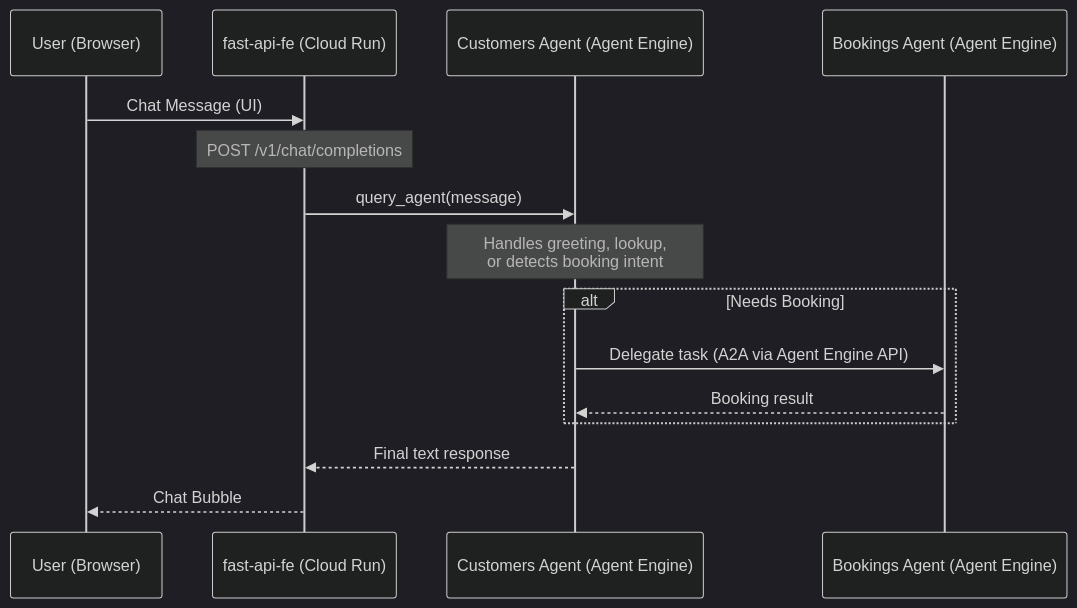
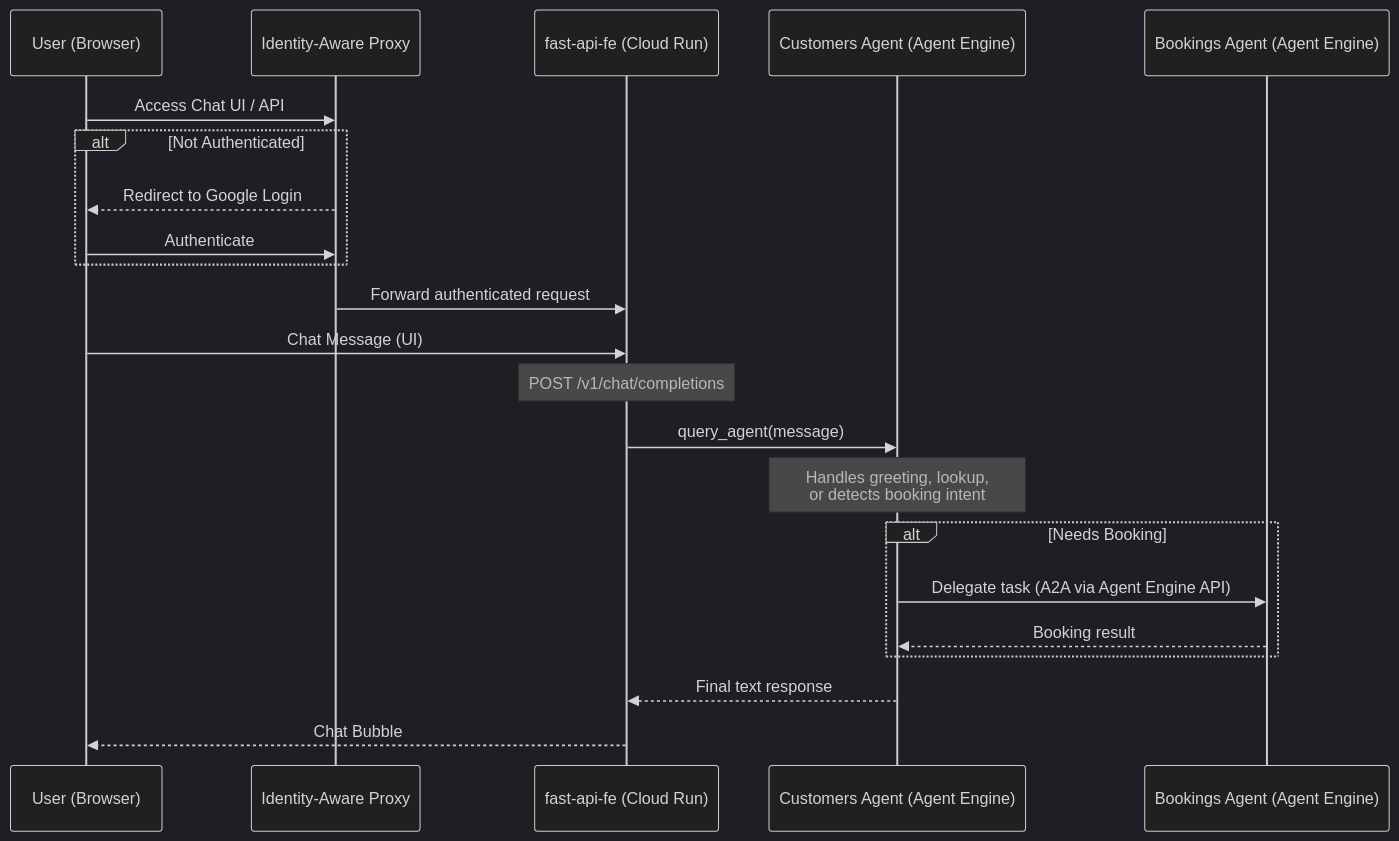
One commit to ypenn21/customer-booking-agent changed the diagram in fast-api-fe/README.md. Above: the diagram before and after it, drawn with Mermaid (dark theme). The commit also changed other lines of this file and 1 other file, not shown here.

Commit message:
created architecture diagram with iap in the flow

````diff
--- a/fast-api-fe/README.md
+++ b/fast-api-fe/README.md
@@ -10,20 +10,28 @@
 ```mermaid
 sequenceDiagram
     participant User as User (Browser)
+    participant IAP as Identity-Aware Proxy
     participant FastAPI as fast-api-fe (Cloud Run)
     participant CustomersAgent as Customers Agent (Agent Engine)
     participant BookingsAgent as Bookings Agent (Agent Engine)
+
+    User->>IAP: Access Chat UI / API
+    alt Not Authenticated
+        IAP-->>User: Redirect to Google Login
+        User->>IAP: Authenticate
+    end
+    IAP->>FastAPI: Forward authenticated request
 
     User->>FastAPI: Chat Message (UI)
     Note over FastAPI: POST /v1/chat/completions
     FastAPI->>CustomersAgent: query_agent(message)
     Note over CustomersAgent: Handles greeting, lookup,<br/>or detects booking intent
-    
+
     alt Needs Booking
         CustomersAgent->>BookingsAgent: Delegate task (A2A via Agent Engine API)
         BookingsAgent-->>CustomersAgent: Booking result
     end
-    
+
     CustomersAgent-->>FastAPI: Final text response
     FastAPI-->>User: Chat Bubble
 ```
````
